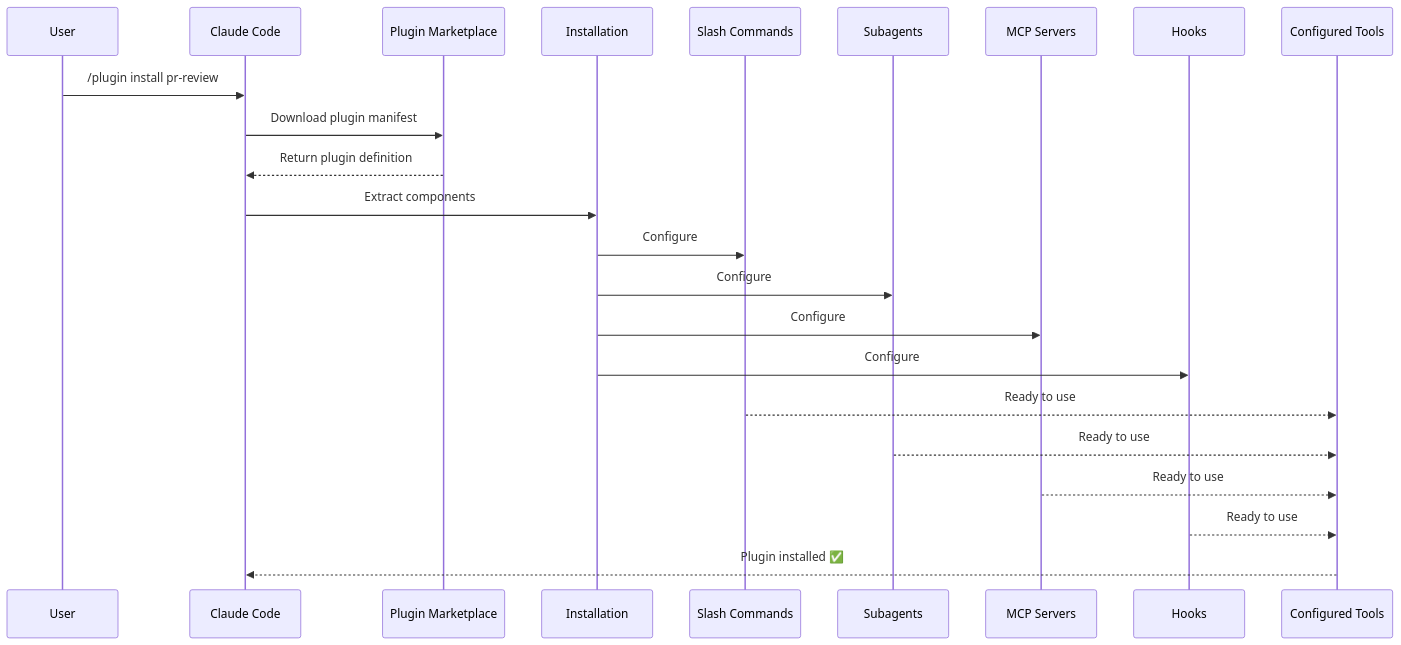
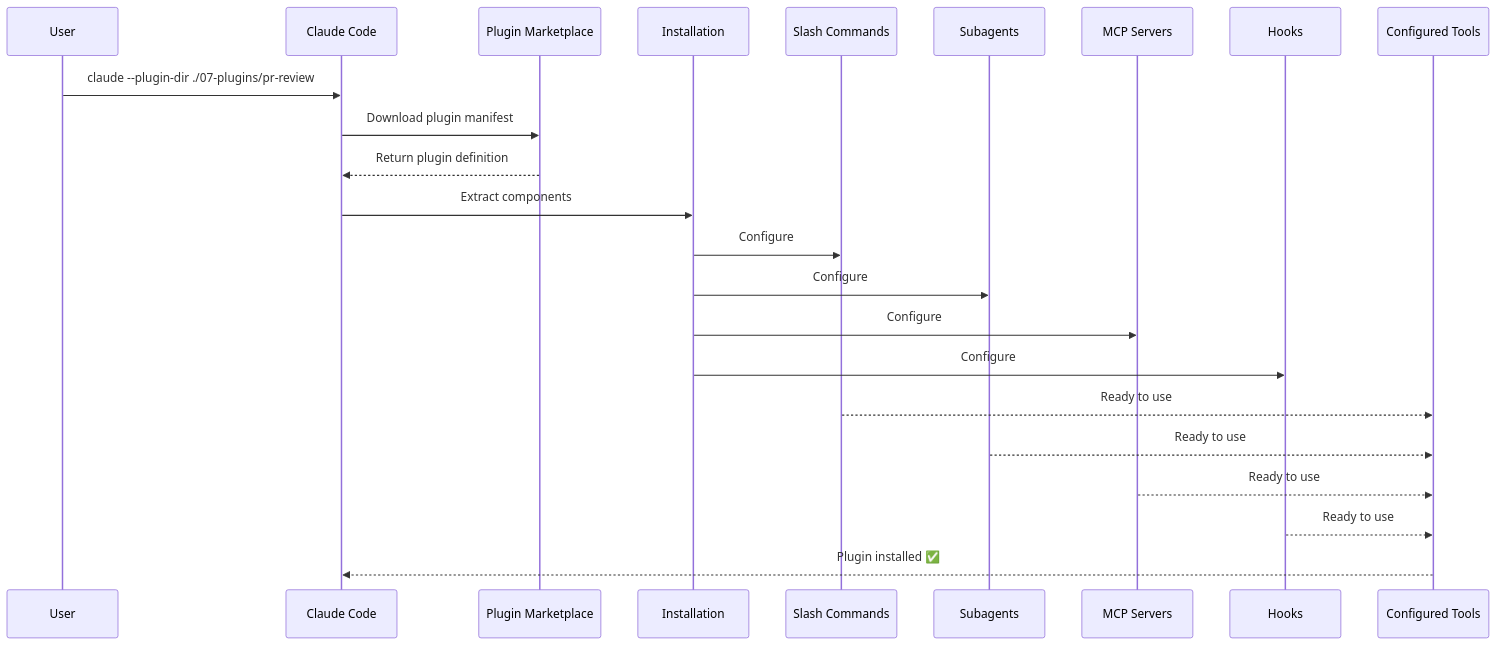
Before and after one commit to luongnv89/claude-howto: the second of 5 diagrams in ko/07-plugins/README.md, drawn with Mermaid. The commit also changed other lines of this file and 140 other files, not shown here.

````diff
--- a/ko/07-plugins/README.md
+++ b/ko/07-plugins/README.md
@@ -34,26 +34,26 @@
 ```mermaid
 sequenceDiagram
     participant User
     participant Claude as Claude Code
     participant Plugin as Plugin Marketplace
     participant Install as Installation
     participant SlashCmds as Slash Commands
     participant Subagents
     participant MCPServers as MCP Servers
     participant Hooks
     participant Tools as Configured Tools
 
-    User->>Claude: /plugin install pr-review
+    User->>Claude: claude --plugin-dir ./07-plugins/pr-review
     Claude->>Plugin: Download plugin manifest
     Plugin-->>Claude: Return plugin definition
     Claude->>Install: Extract components
     Install->>SlashCmds: Configure
     Install->>Subagents: Configure
     Install->>MCPServers: Configure
     Install->>Hooks: Configure
     SlashCmds-->>Tools: Ready to use
     Subagents-->>Tools: Ready to use
     MCPServers-->>Tools: Ready to use
     Hooks-->>Tools: Ready to use
     Tools-->>Claude: Plugin installed ✅
 ```
````
